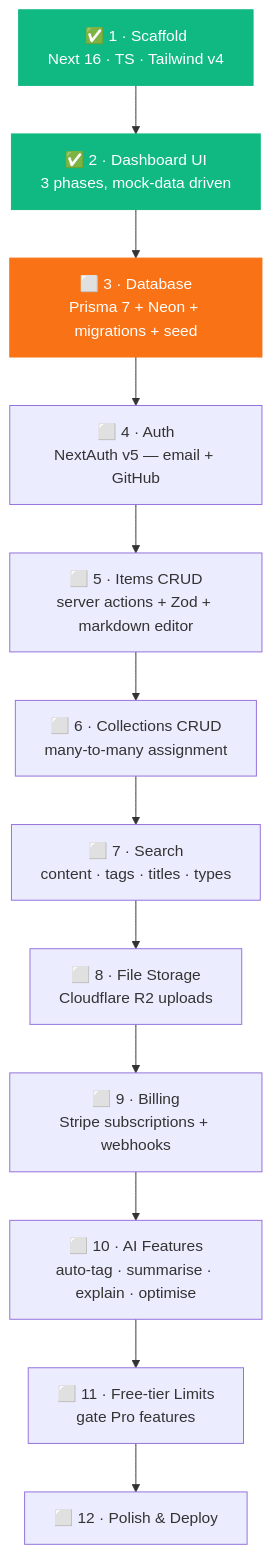
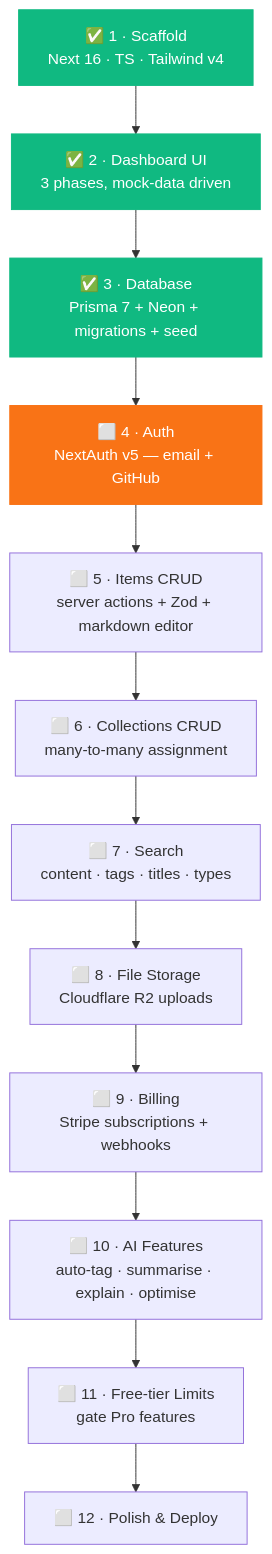
Before and after one commit to raki-rankawat/claude-devstash: the sixth of 9 diagrams in README.md, drawn with Mermaid. The commit also changed other lines of this file, not shown here.

First line of the commit message:
docs: update readme for database and seed milestones

````diff
--- a/README.md
+++ b/README.md
@@ -185,22 +203,23 @@
 ```mermaid
 flowchart TD
     S1["✅ 1 · Scaffold<br/>Next 16 · TS · Tailwind v4"]
     S2["✅ 2 · Dashboard UI<br/>3 phases, mock-data driven"]
-    S3["⬜ 3 · Database<br/>Prisma 7 + Neon + migrations + seed"]
+    S3["✅ 3 · Database<br/>Prisma 7 + Neon + migrations + seed"]
     S4["⬜ 4 · Auth<br/>NextAuth v5 — email + GitHub"]
     S5["⬜ 5 · Items CRUD<br/>server actions + Zod + markdown editor"]
     S6["⬜ 6 · Collections CRUD<br/>many-to-many assignment"]
     S7["⬜ 7 · Search<br/>content · tags · titles · types"]
     S8["⬜ 8 · File Storage<br/>Cloudflare R2 uploads"]
     S9["⬜ 9 · Billing<br/>Stripe subscriptions + webhooks"]
     S10["⬜ 10 · AI Features<br/>auto-tag · summarise · explain · optimise"]
     S11["⬜ 11 · Free-tier Limits<br/>gate Pro features"]
     S12["⬜ 12 · Polish & Deploy"]
 
     S1 --> S2 --> S3 --> S4 --> S5 --> S6 --> S7
     S7 --> S8 --> S9 --> S10 --> S11 --> S12
 
     style S1 fill:#10b981,stroke:#10b981,color:#fff
     style S2 fill:#10b981,stroke:#10b981,color:#fff
-    style S3 fill:#f97316,stroke:#f97316,color:#fff
+    style S3 fill:#10b981,stroke:#10b981,color:#fff
+    style S4 fill:#f97316,stroke:#f97316,color:#fff
 ```
````
